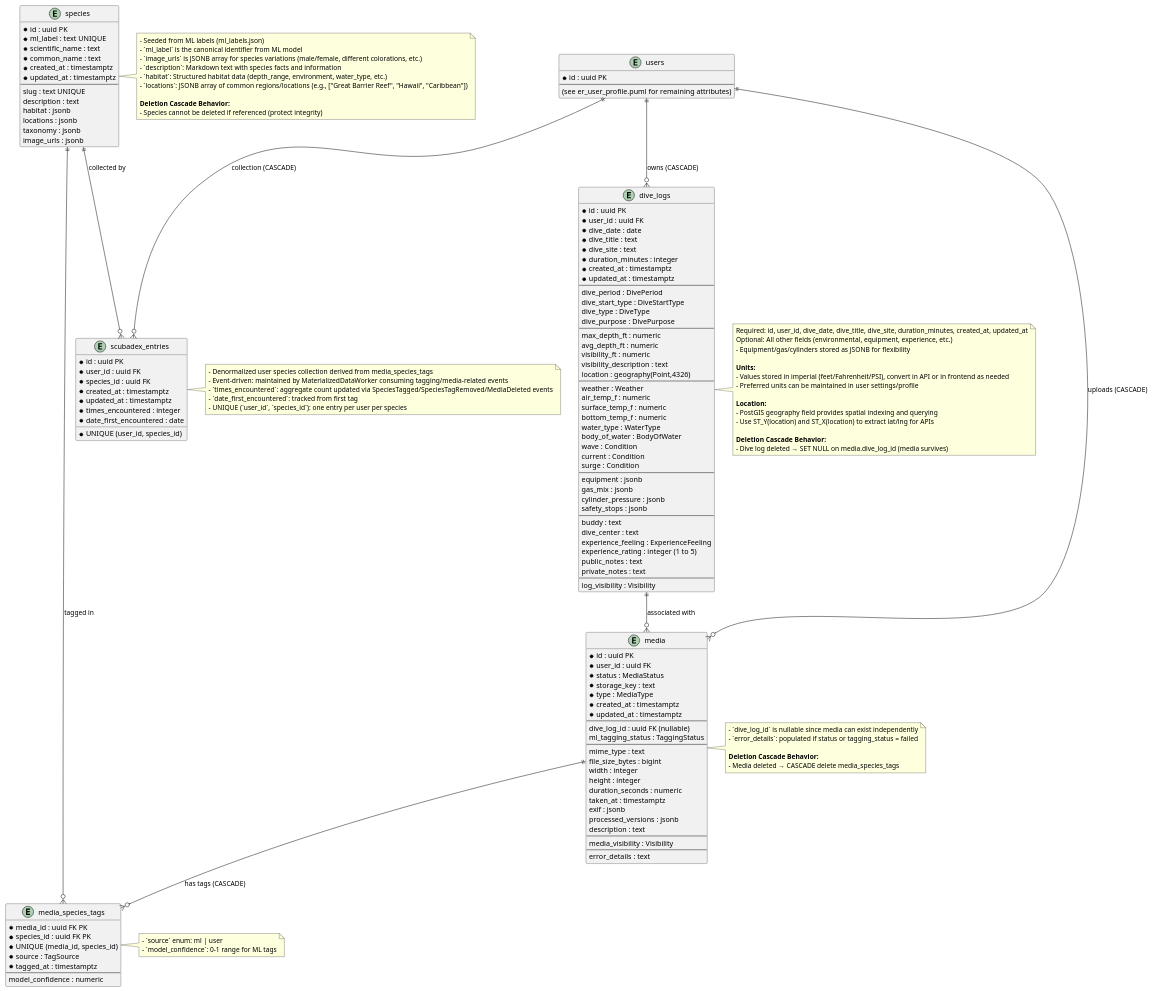
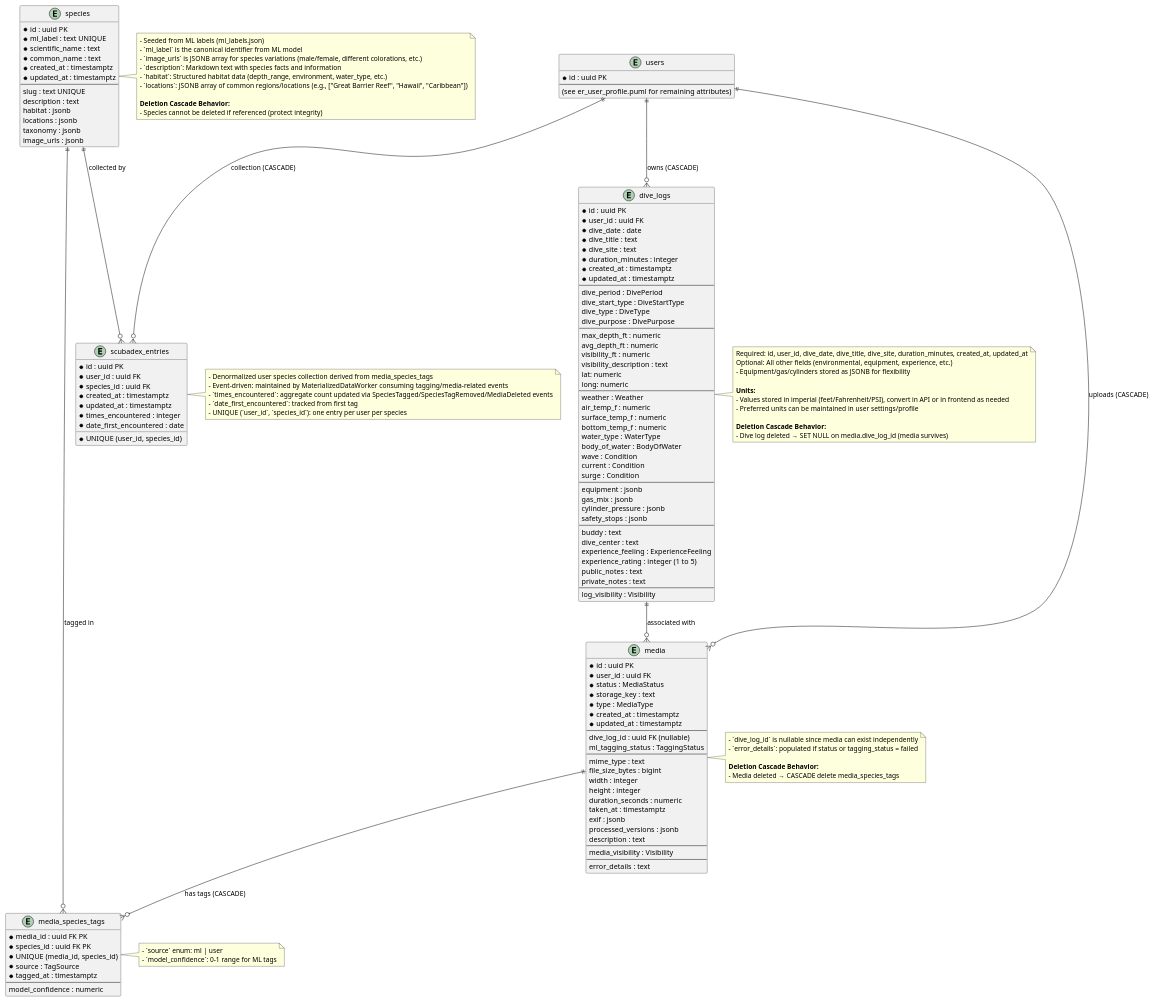
One commit to MikeF0007/reef-connect changed the diagram in designs/db_schema/er_core_data.puml. Above: the diagram before and after it, drawn with PlantUML. The commit also changed 4 other files, not shown here.

```diff
--- a/designs/db_schema/er_core_data.puml
+++ b/designs/db_schema/er_core_data.puml
@@ -1,190 +1,187 @@
 @startuml
 ' Core Data ER diagram: dive_logs, media, species, tags
 
 entity "users" as users {
   * id : uuid PK
   --
   (see er_user_profile.puml for remaining attributes)
 }
 
 entity "dive_logs" as dive_logs {
   * id : uuid PK
   * user_id : uuid FK
   * dive_date : date
   * dive_title : text
   * dive_site : text
   * duration_minutes : integer
   * created_at : timestamptz
   * updated_at : timestamptz
   --
   ' Dive Basics
   dive_period : DivePeriod
   dive_start_type : DiveStartType
   dive_type : DiveType
   dive_purpose : DivePurpose
   --
   ' Measurements
   max_depth_ft : numeric
   avg_depth_ft : numeric
   visibility_ft : numeric
   visibility_description : text
-  location : geography(Point,4326)
+  lat: numeric
+  long: numeric
   --
   ' Environmental
   weather : Weather
   air_temp_f : numeric
   surface_temp_f : numeric
   bottom_temp_f : numeric
   water_type : WaterType
   body_of_water : BodyOfWater
   wave : Condition
   current : Condition
   surge : Condition
   --
   ' Equipment
   equipment : jsonb
   gas_mix : jsonb
   cylinder_pressure : jsonb
   safety_stops : jsonb
   --
   ' People/Experience
   buddy : text
   dive_center : text
   experience_feeling : ExperienceFeeling
   experience_rating : integer (1 to 5)
   public_notes : text
   private_notes : text
   --
   ' Visibility
   log_visibility : Visibility
 }
 
 entity "media" as media {
   * id : uuid PK
   * user_id : uuid FK
   * status : MediaStatus
   * storage_key : text
   * type : MediaType
   * created_at : timestamptz
   * updated_at : timestamptz
   --
   ' Associations
   dive_log_id : uuid FK (nullable)
   ml_tagging_status : TaggingStatus
   --
   ' Media Details
   mime_type : text
   file_size_bytes : bigint
   width : integer
   height : integer
   duration_seconds : numeric
   taken_at : timestamptz
   exif : jsonb
   processed_versions : jsonb
   description : text
   --
   ' Visibility
   media_visibility : Visibility
   --
   ' Meta
   error_details : text
 }
 
 entity "species" as species {
   * id : uuid PK
   * ml_label : text UNIQUE
   * scientific_name : text
   * common_name : text
   * created_at : timestamptz
   * updated_at : timestamptz
   --
   ' Species Details
   slug : text UNIQUE
   description : text
   habitat : jsonb
   locations : jsonb
   taxonomy : jsonb
   image_urls : jsonb
 }
 
 entity "media_species_tags" as tags {
   * media_id : uuid FK PK
   * species_id : uuid FK PK
   * UNIQUE (media_id, species_id)
   * source : TagSource
   * tagged_at : timestamptz
   --
   model_confidence : numeric
 }
 
 entity "scubadex_entries" as scubadex {
   * id : uuid PK
   * user_id : uuid FK
   * species_id : uuid FK
   * UNIQUE (user_id, species_id)
   * created_at : timestamptz
   * updated_at : timestamptz
   * times_encountered : integer
   * date_first_encountered : date
 }
 
 ' Relationships
 users ||--o{ dive_logs : "owns (CASCADE)"
 users ||--o{ media : "uploads (CASCADE)"
 dive_logs ||--o{ media : "associated with"
 media ||--o{ tags : "has tags (CASCADE)"
 species ||--o{ tags : "tagged in"
 users ||--o{ scubadex : "collection (CASCADE)"
 species ||--o{ scubadex : "collected by"
 
 note right of dive_logs
   Required: id, user_id, dive_date, dive_title, dive_site, duration_minutes, created_at, updated_at
   Optional: All other fields (environmental, equipment, experience, etc.)
   - Equipment/gas/cylinders stored as JSONB for flexibility
 
   **Units:**
   - Values stored in imperial (feet/Fahrenheit/PSI), convert in API or in frontend as needed
   - Preferred units can be maintained in user settings/profile
 
-  **Location:**
-  - PostGIS geography field provides spatial indexing and querying
-  - Use ST_Y(location) and ST_X(location) to extract lat/lng for APIs
-
   **Deletion Cascade Behavior:**
   - Dive log deleted → SET NULL on media.dive_log_id (media survives)
 end note
 
 note right of media
   - `dive_log_id` is nullable since media can exist independently
   - `error_details`: populated if status or tagging_status = failed
 
   **Deletion Cascade Behavior:**
   - Media deleted → CASCADE delete media_species_tags
 end note
 
 note right of species
   - Seeded from ML labels (ml_labels.json)
   - `ml_label` is the canonical identifier from ML model
   - `image_urls` is JSONB array for species variations (male/female, different colorations, etc.)
   - `description`: Markdown text with species facts and information
   - `habitat`: Structured habitat data (depth_range, environment, water_type, etc.)
   - `locations`: JSONB array of common regions/locations (e.g., ["Great Barrier Reef", "Hawaii", "Caribbean"])
 
   **Deletion Cascade Behavior:**
   - Species cannot be deleted if referenced (protect integrity)
 end note
 
 note right of tags
   - `source` enum: ml | user
   - `model_confidence`: 0-1 range for ML tags
 end note
 
 note right of scubadex
   - Denormalized user species collection derived from media_species_tags
   - Event-driven: maintained by MaterializedDataWorker consuming tagging/media-related events
   - `times_encountered`: aggregate count updated via SpeciesTagged/SpeciesTagRemoved/MediaDeleted events
   - `date_first_encountered`: tracked from first tag
   - UNIQUE (`user_id`, `species_id`): one entry per user per species
 end note
 
 @enduml
```
